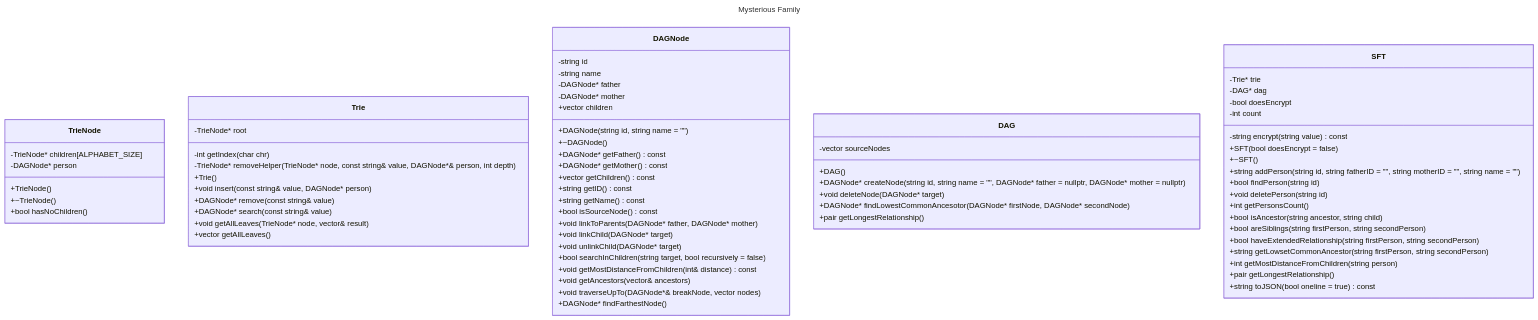
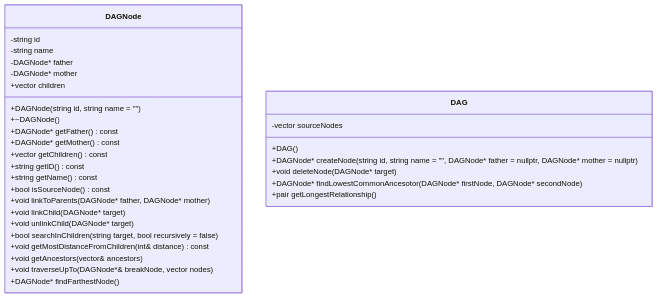
Before and after one commit to k-forghani/mysterious-family: the second of 3 diagrams in schema/uml.md, drawn with Mermaid. The commit also changed 16 other files, not shown here.

````diff
--- a/schema/uml.md
+++ b/schema/uml.md
@@ -3,75 +29,34 @@
 ```mermaid
----
-title: Mysterious Family
----
 classDiagram
-    class TrieNode {
-        -TrieNode* children[ALPHABET_SIZE]
-        -DAGNode* person
-        +TrieNode()
-        +~TrieNode()
-        +bool hasNoChildren()
-    }
-    class Trie {
-        -TrieNode* root
-        -int getIndex(char chr)
-        -TrieNode* removeHelper(TrieNode* node, const string& value, DAGNode*& person, int depth)
-        +Trie()
-        +void insert(const string& value, DAGNode* person)
-        +DAGNode* remove(const string& value)
-        +DAGNode* search(const string& value)
-        +void getAllLeaves(TrieNode* node, vector<DAGNode*>& result)
-        +vector<DAGNode*> getAllLeaves()
-    }
     class DAGNode {
         -string id
         -string name
         -DAGNode* father
         -DAGNode* mother
         +vector<DAGNode*> children
         +DAGNode(string id, string name = "")
         +~DAGNode()
         +DAGNode* getFather() const
         +DAGNode* getMother() const
         +vector<DAGNode*> getChildren() const
         +string getID() const
         +string getName() const
         +bool isSourceNode() const
         +void linkToParents(DAGNode* father, DAGNode* mother)
         +void linkChild(DAGNode* target)
         +void unlinkChild(DAGNode* target)
         +bool searchInChildren(string target, bool recursively = false)
         +void getMostDistanceFromChildren(int& distance) const
         +void getAncestors(vector<DAGNode*>& ancestors)
         +void traverseUpTo(DAGNode*& breakNode, vector<DAGNode*> nodes)
         +DAGNode* findFarthestNode()
     }
     class DAG {
         -vector<DAGNode*> sourceNodes
         +DAG()
         +DAGNode* createNode(string id, string name = "", DAGNode* father = nullptr, DAGNode* mother = nullptr)
         +void deleteNode(DAGNode* target)
         +DAGNode* findLowestCommonAncesotor(DAGNode* firstNode, DAGNode* secondNode)
         +pair<DAGNode*, DAGNode*> getLongestRelationship()
     }
-    class SFT {
-        -Trie* trie
-        -DAG* dag
-        -bool doesEncrypt
-        -int count
-        -string encrypt(string value) const
-        +SFT(bool doesEncrypt = false)
-        +~SFT()
-        +string addPerson(string id, string fatherID = "", string motherID = "", string name = "")
-        +bool findPerson(string id)
-        +void deletePerson(string id)
-        +int getPersonsCount()
-        +bool isAncestor(string ancestor, string child)
-        +bool areSiblings(string firstPerson, string secondPerson)
-        +bool haveExtendedRelationship(string firstPerson, string secondPerson)
-        +string getLowsetCommonAncestor(string firstPerson, string secondPerson)
-        +int getMostDistanceFromChildren(string person)
-        +pair<string, string> getLongestRelationship()
-        +string toJSON(bool oneline = true) const
-}
 ```
````
